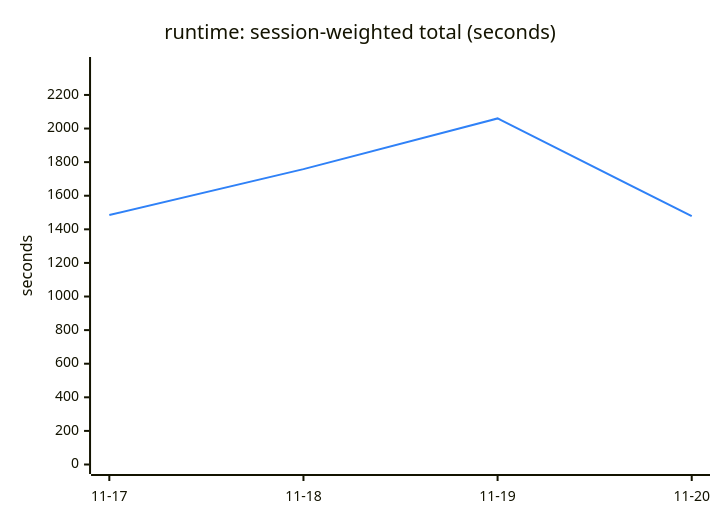
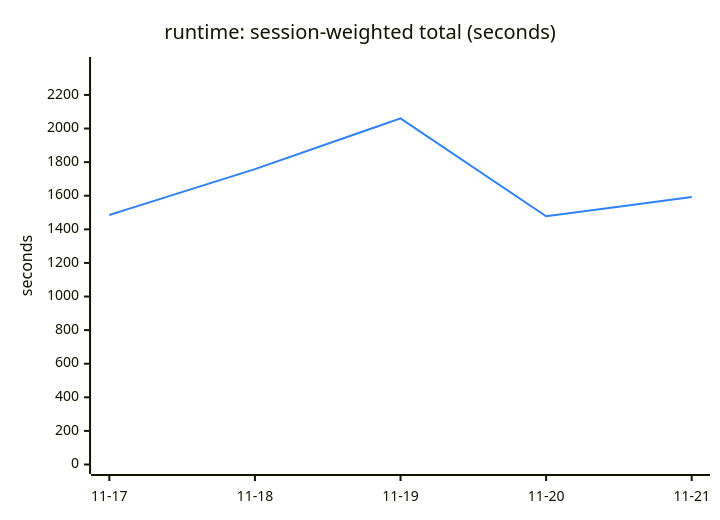
One commit to Ricovl/mxcli changed the sixth of 6 diagrams in TREND.md. Above: the diagram before and after it, drawn with Mermaid. The commit also changed other lines of this file and 2 other files, not shown here.

````diff
--- a/TREND.md
+++ b/TREND.md
@@ -137,13 +137,13 @@
 ```mermaid
 ---
 config:
   themeVariables:
     xyChart:
       plotColorPalette: "#2f81f7"
 ---
 xychart-beta
     title "runtime: session-weighted total (seconds)"
-    x-axis ["11-17", "11-18", "11-19", "11-20"]
+    x-axis ["11-17", "11-18", "11-19", "11-20", "11-21"]
     y-axis "seconds" 0 --> 2369.30
-    line [1485.35, 1758.30, 2060.26, 1478.08]
+    line [1485.35, 1758.30, 2060.26, 1478.08, 1592.45]
 ```
````
